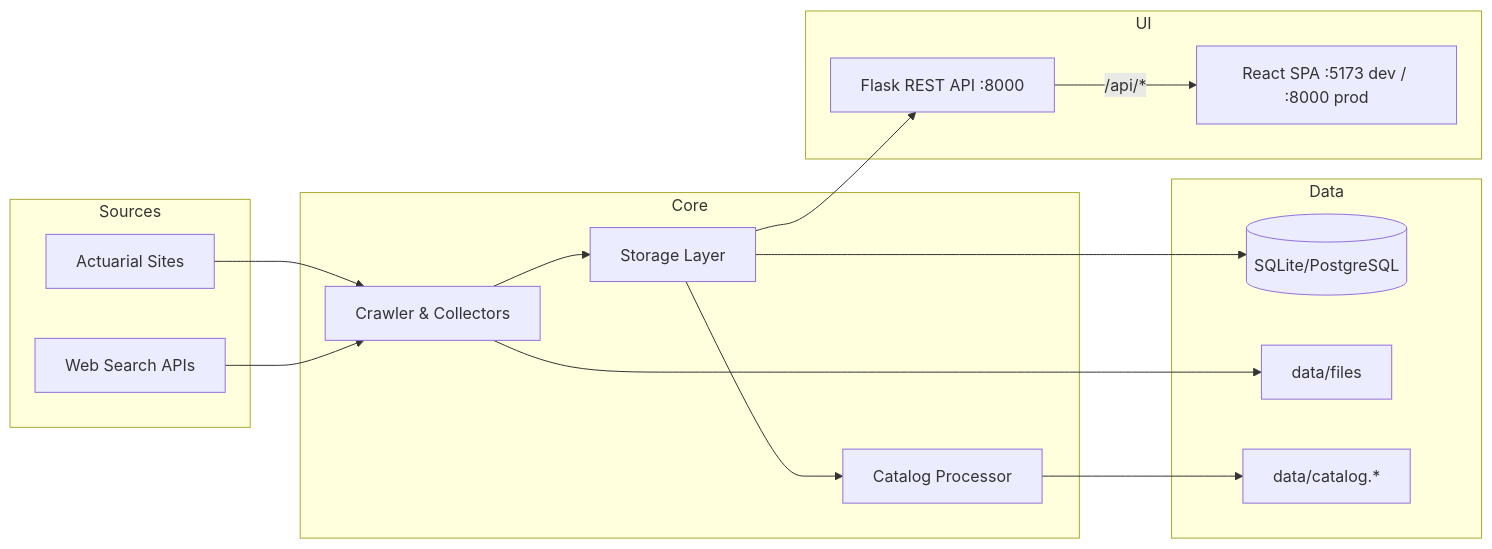
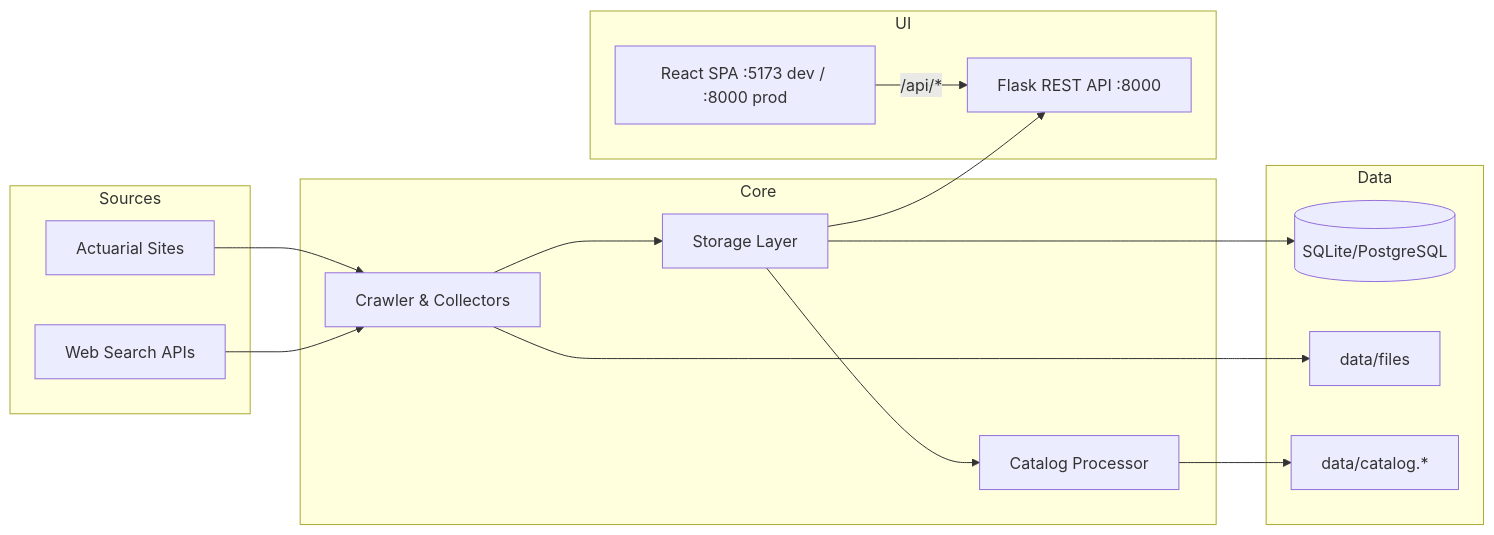
One commit to ferryhe/AI_actuarial_inforsearch changed the diagram in README.md. Above: the diagram before and after it, drawn with Mermaid. The commit also changed 2 other files, not shown here.

Commit message:
fix: extend Vite proxy for auth routes, fix Mermaid arrow, add JSON API tests

````diff
--- a/README.md
+++ b/README.md
@@ -218,31 +218,31 @@
 ```mermaid
 flowchart LR
     subgraph Sources
         A[Actuarial Sites]
         B[Web Search APIs]
     end
     subgraph Core
         C[Crawler & Collectors]
         D[Storage Layer]
         E[Catalog Processor]
     end
     subgraph Data
         F[(SQLite/PostgreSQL)]
         G[data/files]
         H[data/catalog.*]
     end
     subgraph UI
         I[Flask REST API :8000]
         J[React SPA :5173 dev / :8000 prod]
     end
 
     A --> C
     B --> C
     C --> D
     C --> G
     D --> F
     E --> H
     D --> E
     D --> I
-    I -->|/api/*| J
+    J -->|/api/*| I
 ```
````
